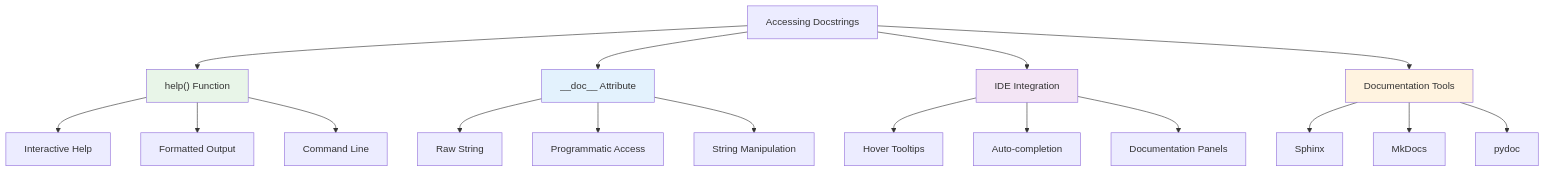
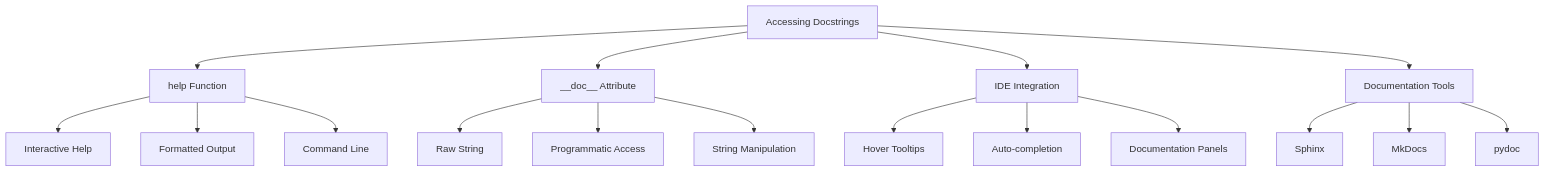
The sixth of 14 diagrams in 00_python_colab/18_docstrings_mkdocs/readme.md (sayyamsheikh42/Python-Learning-Material), drawn with Mermaid before and after one commit. The commit also changed other lines of this file, not shown here.

````diff
--- a/00_python_colab/18_docstrings_mkdocs/readme.md
+++ b/00_python_colab/18_docstrings_mkdocs/readme.md
@@ -625,28 +600,23 @@
 ```mermaid
 graph TD
-    A["Accessing Docstrings"] --> B["help() Function"]
-    A --> C["__doc__ Attribute"]
-    A --> D["IDE Integration"]
-    A --> E["Documentation Tools"]
+    A[Accessing Docstrings] --> B[help Function]
+    A --> C[__doc__ Attribute]
+    A --> D[IDE Integration]
+    A --> E[Documentation Tools]
     
-    B --> B1["Interactive Help"]
-    B --> B2["Formatted Output"]
-    B --> B3["Command Line"]
+    B --> B1[Interactive Help]
+    B --> B2[Formatted Output]
+    B --> B3[Command Line]
     
-    C --> C1["Raw String"]
-    C --> C2["Programmatic Access"]
-    C --> C3["String Manipulation"]
+    C --> C1[Raw String]
+    C --> C2[Programmatic Access]
+    C --> C3[String Manipulation]
     
-    D --> D1["Hover Tooltips"]
-    D --> D2["Auto-completion"]
-    D --> D3["Documentation Panels"]
+    D --> D1[Hover Tooltips]
+    D --> D2[Auto-completion]
+    D --> D3[Documentation Panels]
     
-    E --> E1["Sphinx"]
-    E --> E2["MkDocs"]
-    E --> E3["pydoc"]
-    
-    style B fill:#e8f5e8
-    style C fill:#e3f2fd
-    style D fill:#f3e5f5
-    style E fill:#fff3e0
+    E --> E1[Sphinx]
+    E --> E2[MkDocs]
+    E --> E3[pydoc]
 ```
````
